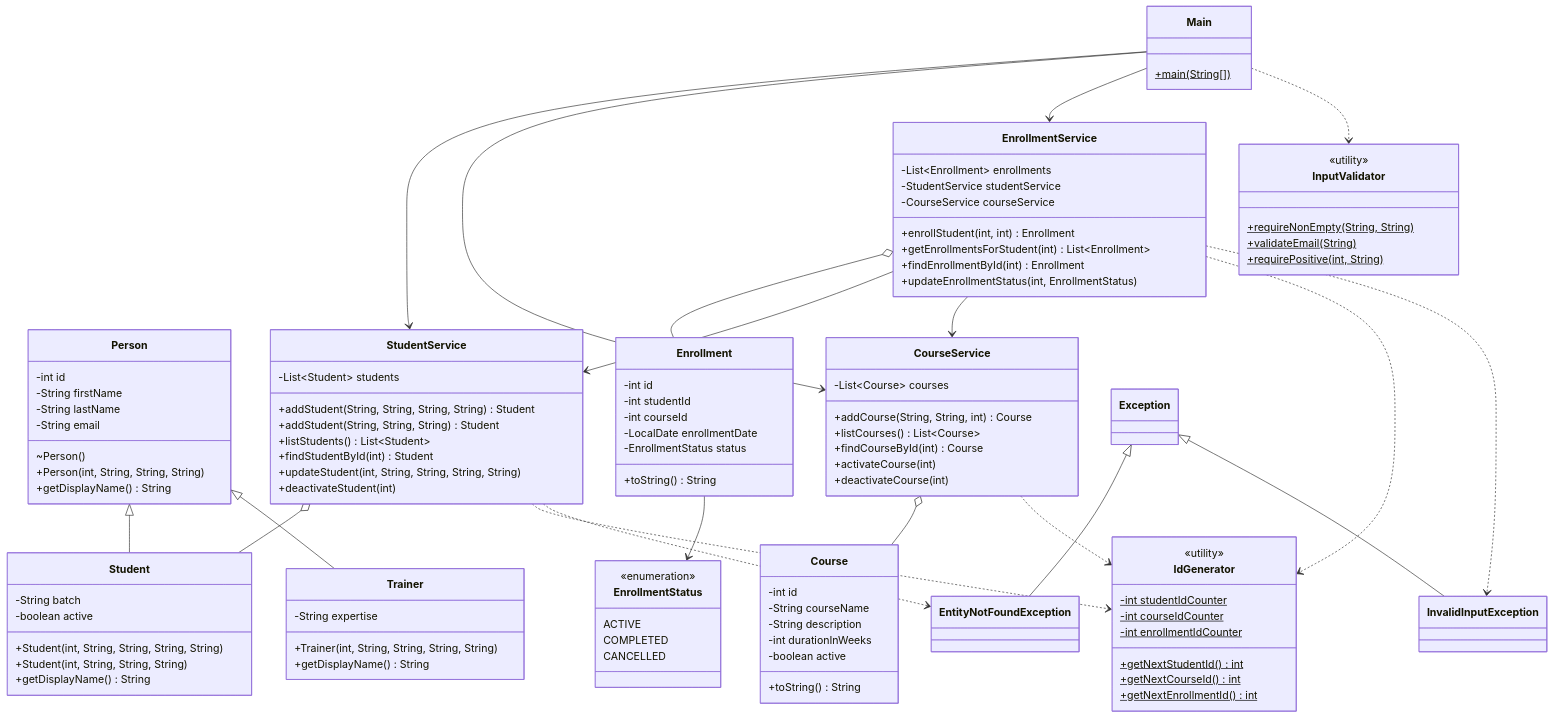
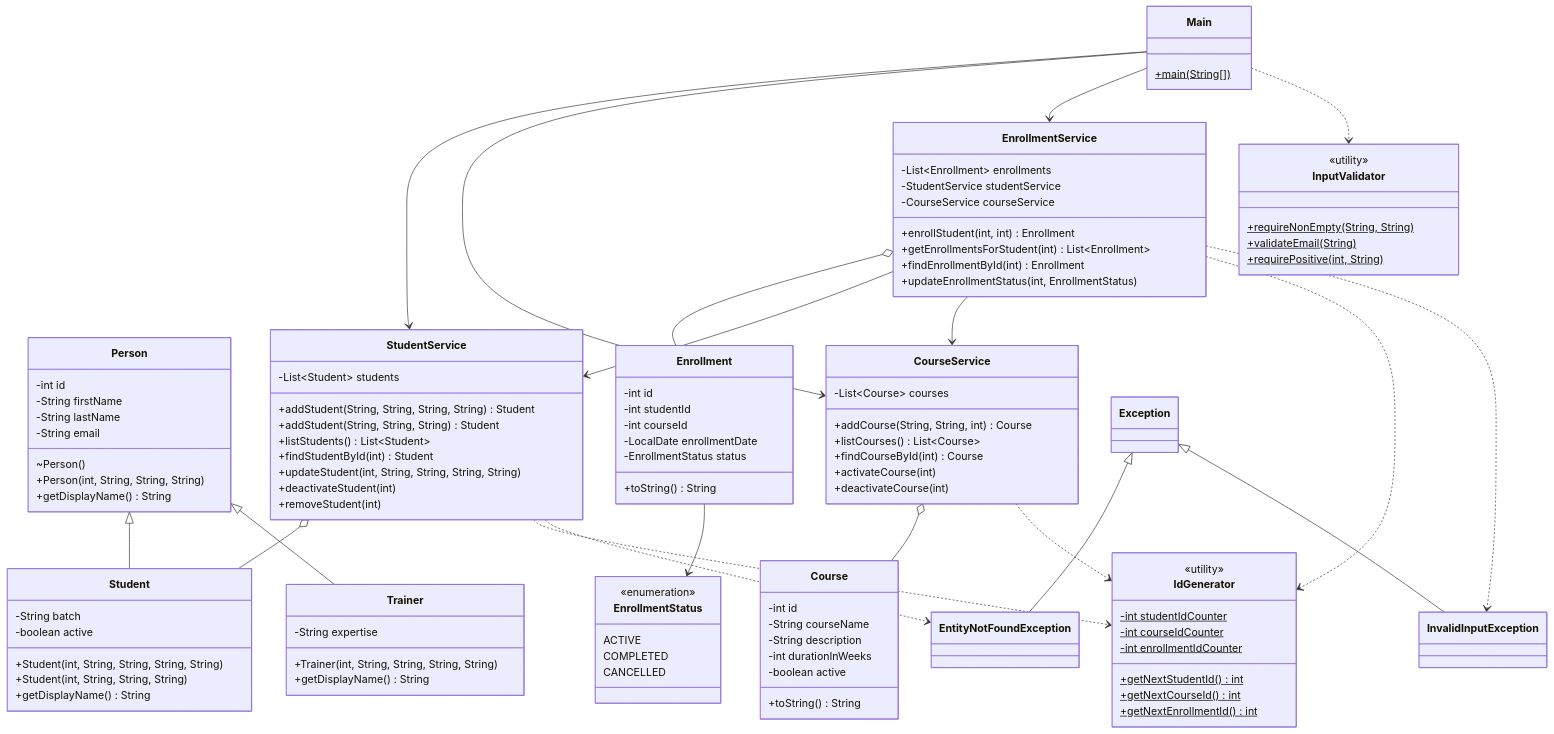
One commit to ahtishamkhan5678/learntrack changed the diagram in README.md. Above: the diagram before and after it, drawn with Mermaid. The commit also changed 3 other files, not shown here.

```diff
--- a/README.md
+++ b/README.md
@@ -168,6 +168,7 @@
         +findStudentById(int) Student
         +updateStudent(int, String, String, String, String)
         +deactivateStudent(int)
+        +removeStudent(int)
     }
 
     class CourseService {
```
